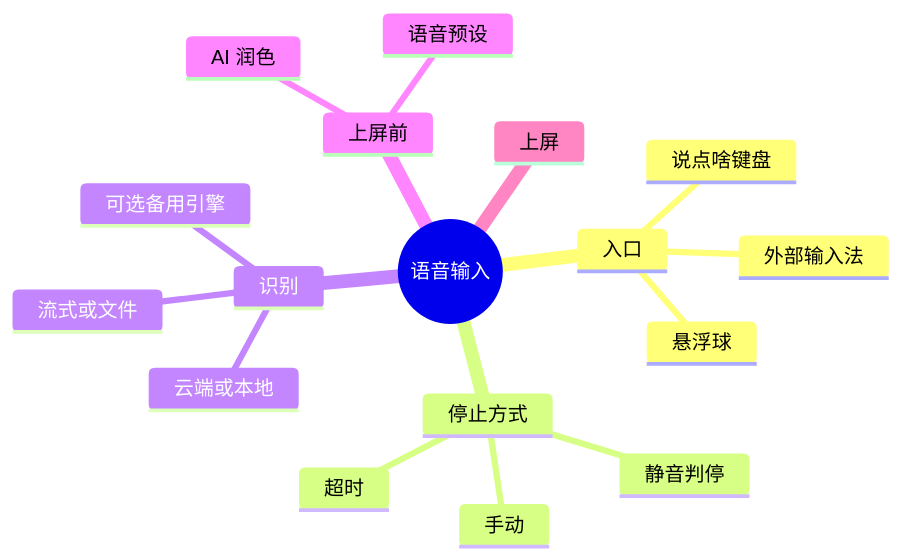
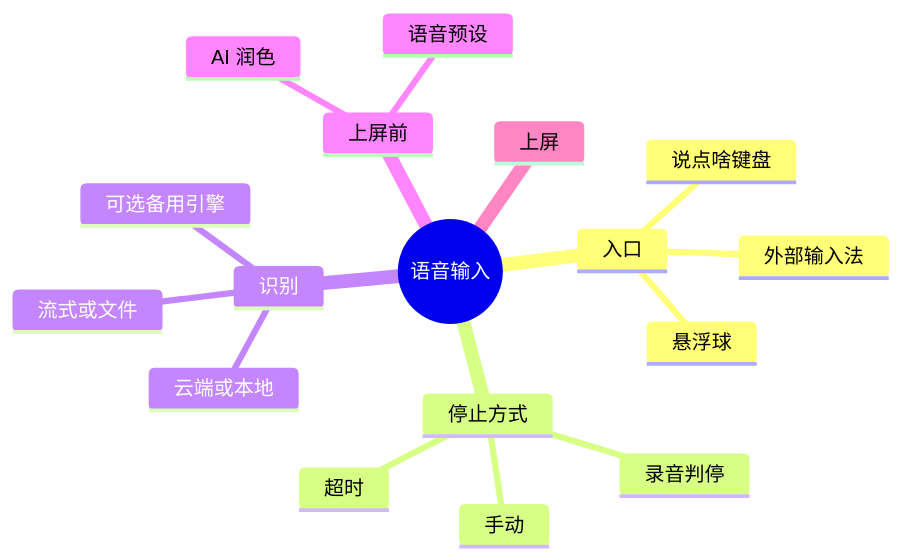
The first of 3 diagrams in features/voice-input.md (BryceWG/BiBi-Keyboard-Docs), drawn with Mermaid before and after one commit. The commit also changed other lines of this file and 44 other files, not shown here.

````diff
--- a/features/voice-input.md
+++ b/features/voice-input.md
@@ -13,20 +13,20 @@
 ```mermaid
 mindmap
   root((语音输入))
     入口
       说点啥键盘
       悬浮球
       外部输入法
     停止方式
       手动
-      静音判停
+      录音判停
       超时
     识别
       云端或本地
       流式或文件
       可选备用引擎
     上屏前
       语音预设
       AI 润色
     上屏
 ```
````
